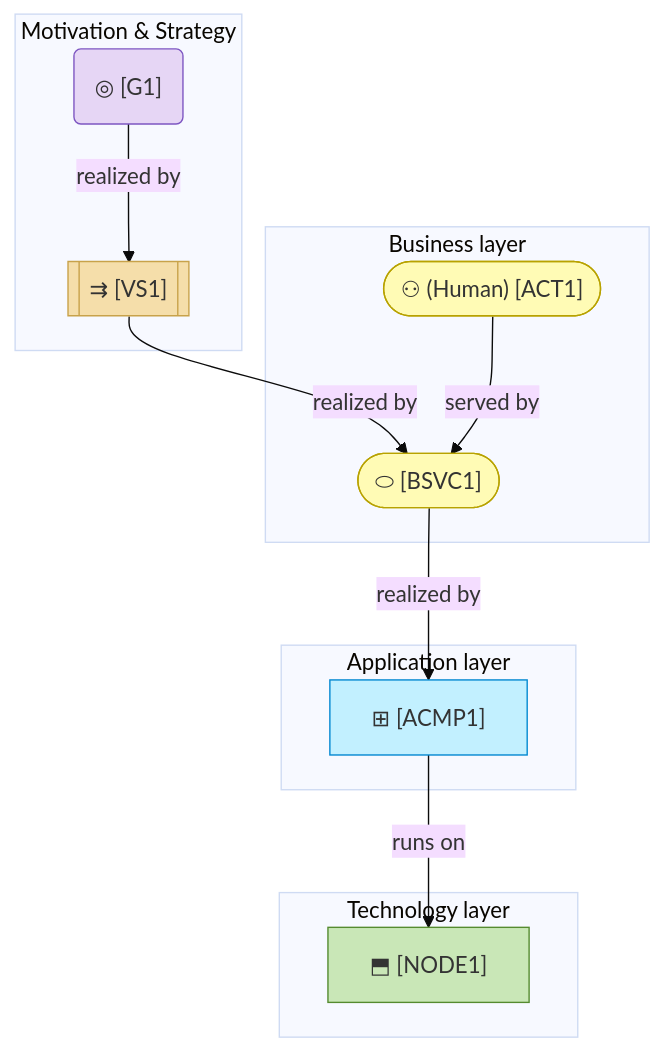
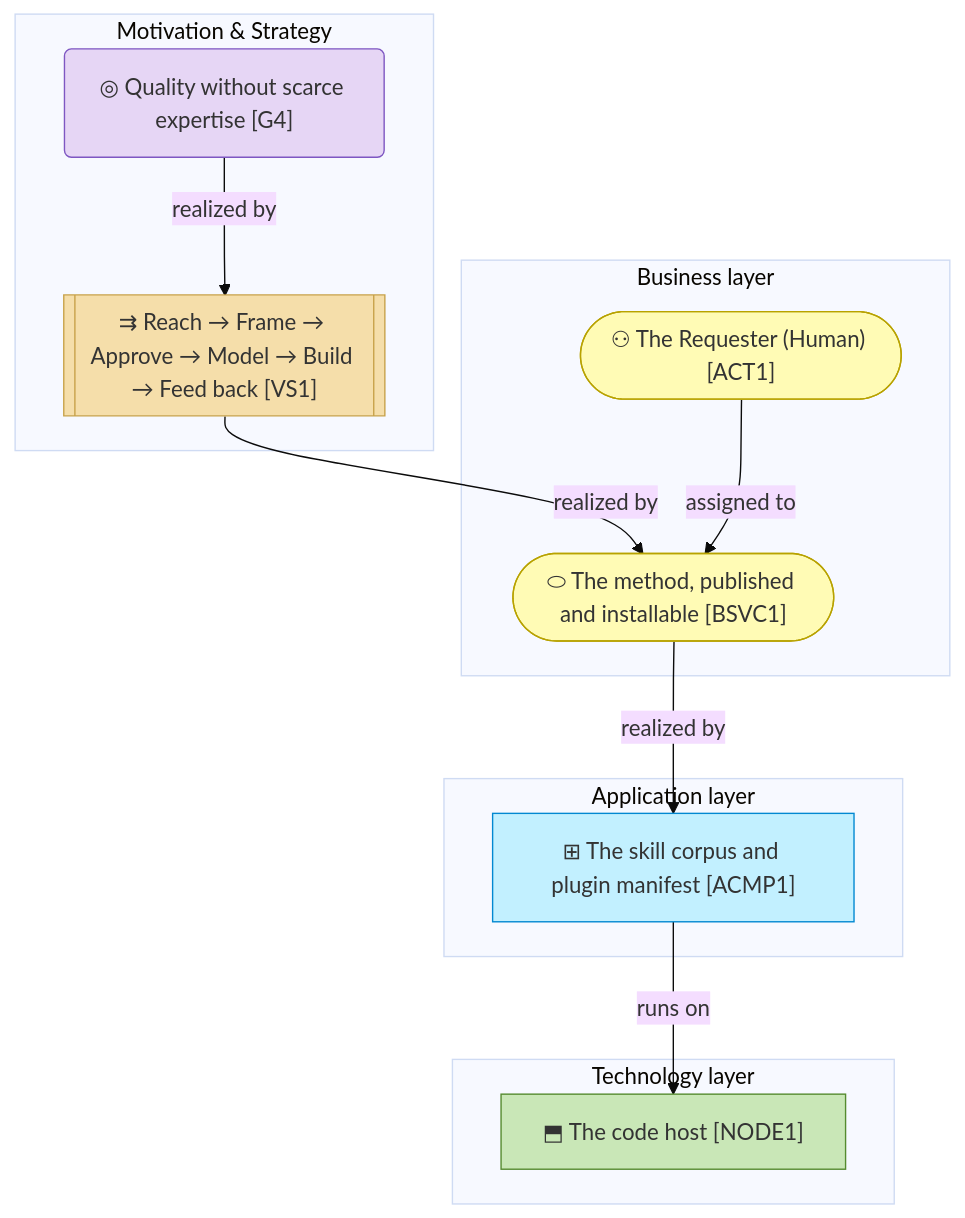
One commit to roanboc/architecture-archreator changed the diagram in org-archreator/architecture/README.md. Above: the diagram before and after it, drawn with Mermaid (base theme). The commit also changed other lines of this file and 27 other files, not shown here.

````diff
--- a/org-archreator/architecture/README.md
+++ b/org-archreator/architecture/README.md
@@ -244,32 +236,32 @@
 ```mermaid
 flowchart TB
   subgraph MOT["Motivation & Strategy"]
-    goal("◎ <Why this exists> [G1]"):::motivation
-    vs[["⇉ <Stage 1 → Stage 2 → …> [VS1]"]]:::strategy
+    goal("◎ Quality without scarce expertise [G4]"):::motivation
+    vs[["⇉ Reach → Frame → Approve → Model → Build → Feed back [VS1]"]]:::strategy
   end
 
   subgraph BUS["Business layer"]
-    svc(["⬭ <What's offered> [BSVC1]"]):::business
-    actor(["⚇ <Who uses it> (Human) [ACT1]"]):::business
+    actor(["⚇ The Requester (Human) [ACT1]"]):::business
+    svc(["⬭ The method, published and installable [BSVC1]"]):::business
   end
 
   subgraph APP["Application layer"]
-    app["⊞ <What realizes the service> [ACMP1]"]:::application
+    app["⊞ The skill corpus and plugin manifest [ACMP1]"]:::application
   end
 
   subgraph TEC["Technology layer"]
-    tech["⬒ <What it runs on> [NODE1]"]:::technology
+    tech["⬒ The code host [NODE1]"]:::technology
   end
 
   goal -->|realized by| vs
   vs -->|realized by| svc
-  actor -->|served by| svc
+  actor -->|assigned to| svc
   svc -->|realized by| app
   app -->|runs on| tech
 
   classDef motivation fill:#e6d6f5,stroke:#7e57c2,color:#333
   classDef strategy fill:#f5deaa,stroke:#c8a24a,color:#333
   classDef business fill:#fffbb5,stroke:#b8a200,color:#333
   classDef application fill:#c2f0ff,stroke:#0288d1,color:#333
   classDef technology fill:#c9e7b7,stroke:#558b2f,color:#333
 ```
````
